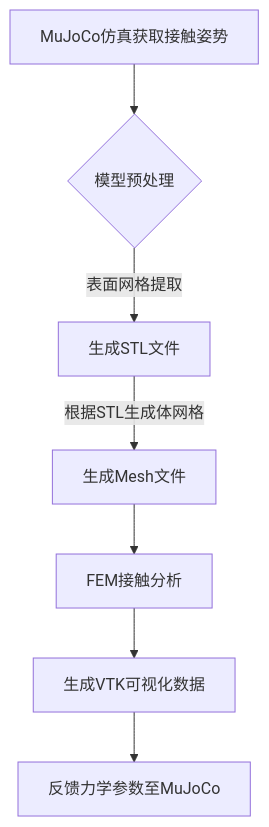
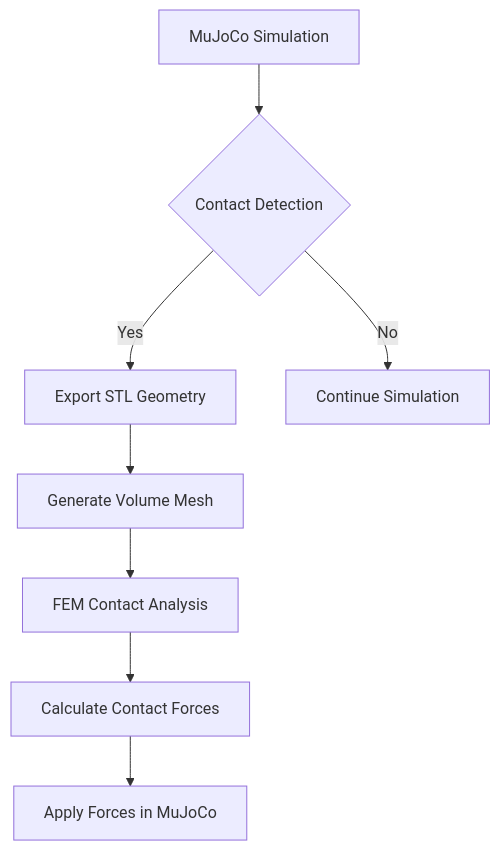
Before and after one commit to BryantFeng0629/MujocoFEM_Contact: the diagram in README.md, drawn with Mermaid.

````diff
--- a/README.md
+++ b/README.md
@@ -32,9 +32,10 @@
 ```mermaid
 graph TD
-    A[MuJoCo仿真获取接触姿势] --> B{模型预处理}
-    B -->|表面网格提取| C[生成STL文件]
-    C -->|根据STL生成体网格| D[生成Mesh文件]
-    D --> E[FEM接触分析]
-    E --> F[生成VTK可视化数据]
-    F --> G[反馈力学参数至MuJoCo]
+    A[MuJoCo Simulation] --> B{Contact Detection}
+    B -->|Yes| C[Export STL Geometry]
+    C --> D[Generate Volume Mesh]
+    D --> E[FEM Contact Analysis]
+    E --> F[Calculate Contact Forces]
+    F --> G[Apply Forces in MuJoCo]
+    B -->|No| H[Continue Simulation]
 ```
````
